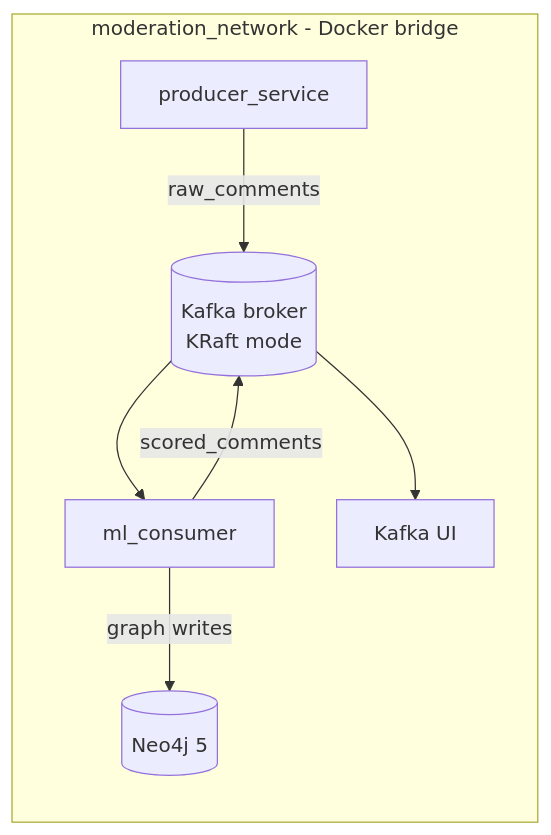
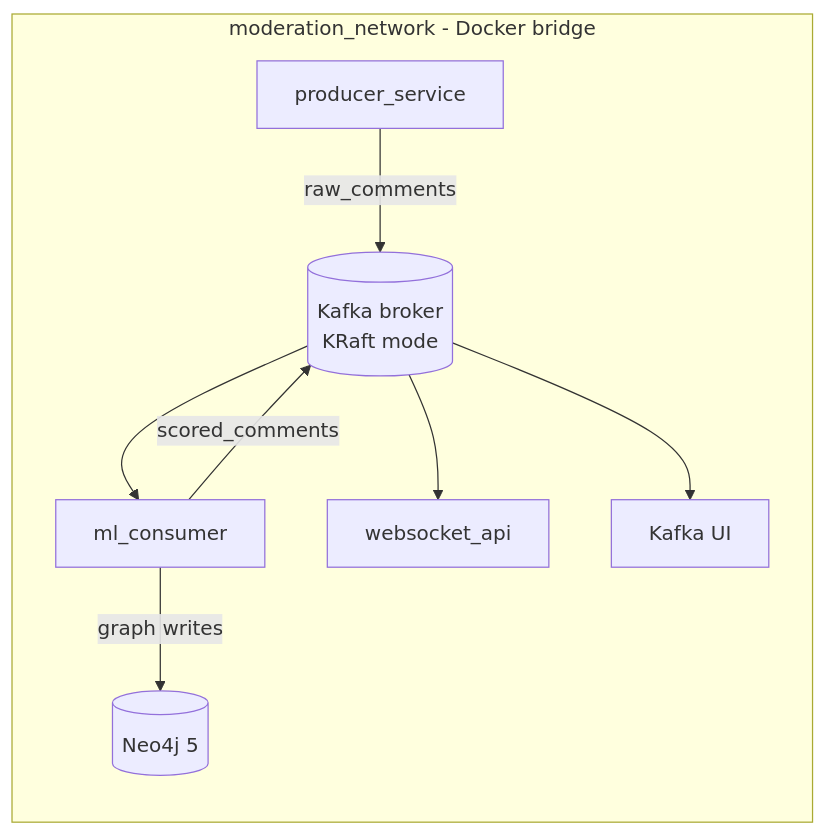
One commit to mj-weshh/realtime-moderation-engine changed the diagram in docs/architecture.md. Above: the diagram before and after it, drawn with Mermaid. The commit also changed other lines of this file and 8 other files, not shown here.

Commit message:
docs: document websocket_api backend and complete Week 2 pipeline

````diff
--- a/docs/architecture.md
+++ b/docs/architecture.md
@@ -13,31 +7,18 @@
 ```mermaid
-
 flowchart LR
-
     subgraph modNet [moderation_network - Docker bridge]
-
         producer[producer_service]
-
         kafka[(Kafka broker<br/>KRaft mode)]
-
         consumer[ml_consumer]
-
+        wsapi[websocket_api]
         kafkaui[Kafka UI]
-
         neo4j[(Neo4j 5)]
-
     end
 
-
-
     producer -- "raw_comments" --> kafka
-
     kafka --> consumer
-
     consumer -- "graph writes" --> neo4j
-
     consumer -- "scored_comments" --> kafka
-
+    kafka --> wsapi
     kafka --> kafkaui
-
 ```
````
